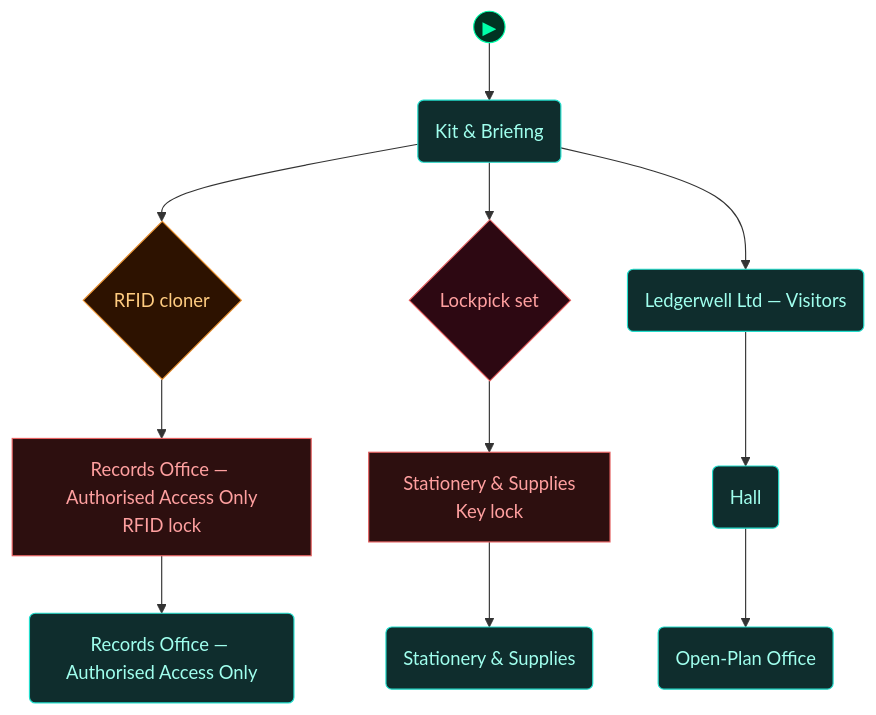
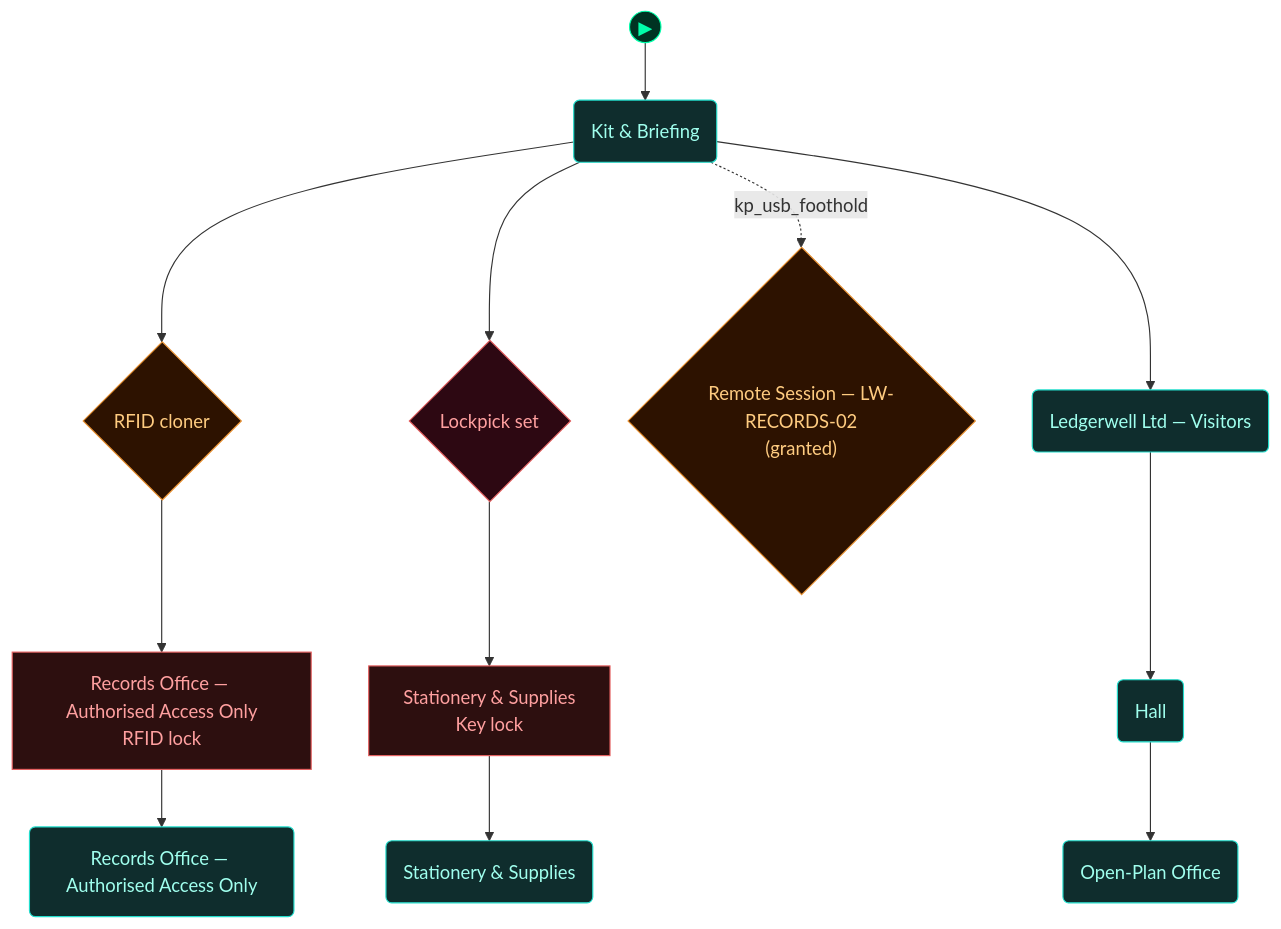
The first of 5 diagrams in scenarios/lab_physical_pentest/dungeon_graph.md (cliffe/BreakEscape), drawn with Mermaid before and after one commit. The commit also changed other lines of this file and 66 other files, not shown here.

First line of the commit message:
feat: update dungeon graphs for test_social_slice and add test_unlock_silence scenario

````diff
--- a/scenarios/lab_physical_pentest/dungeon_graph.md
+++ b/scenarios/lab_physical_pentest/dungeon_graph.md
@@ -51,48 +51,50 @@
 ```mermaid
 flowchart TD
 
   classDef room      fill:#0f2d2d,stroke:#22ddcc,color:#a0ffee
   classDef lock      fill:#2d0f0f,stroke:#e66060,color:#ffa0a0
   classDef key       fill:#2d0812,stroke:#e66060,color:#ffa0a0
   classDef item      fill:#2d1200,stroke:#e89030,color:#ffcc80
   classDef gate      fill:#111,stroke:#666,color:#eee
   classDef vm        fill:#0c1f40,stroke:#4a90d9,color:#a0c8ff
   classDef flag      fill:#1a0c2d,stroke:#9060d0,color:#cc99ff
   classDef action    fill:#1a1200,stroke:#cc9922,color:#ffee88
   classDef aim       fill:#0d2a0d,stroke:#44cc44,color:#88ff88
   classDef aim_gate  fill:#111111,stroke:#44cc44,color:#44cc44
   classDef container fill:#1a2d1a,stroke:#60b060,color:#a0e0a0
   classDef npc       fill:#2d1f0d,stroke:#d0a050,color:#ffe0a0
   classDef critical  fill:#2a1500,stroke:#ffaa00,color:#ffdd88
   classDef start     fill:#003322,stroke:#00ffaa,color:#00ffaa
 
   node_start(("▶"))
   node_start --> briefing_room
 
   door_secure_area["Records Office — Authorised Access Only<br/>RFID lock"]
   secure_area("Records Office — Authorised Access Only")
   door_store_room["Stationery & Supplies<br/>Key lock"]
   store_room("Stationery & Supplies")
   briefing_room("Kit & Briefing")
   rfid_cloner{"RFID cloner"}
   lockpick_set{"Lockpick set"}
+  grant_records_remote_session{"Remote Session — LW-RECORDS-02<br/>(granted)"}
   reception("Ledgerwell Ltd — Visitors")
   hall("Hall")
   open_plan("Open-Plan Office")
 
   door_secure_area --> secure_area
   door_store_room --> store_room
   briefing_room --> rfid_cloner
   rfid_cloner --> door_secure_area
   briefing_room --> lockpick_set
   lockpick_set --> door_store_room
+  briefing_room -.->|kp_usb_foothold| grant_records_remote_session
   briefing_room --> reception
   reception --> hall
   hall --> open_plan
 
   class door_secure_area,door_store_room lock
   class secure_area,store_room,briefing_room,reception,hall,open_plan room
-  class rfid_cloner item
+  class rfid_cloner,grant_records_remote_session item
   class lockpick_set key
   class node_start start
 ```
````
